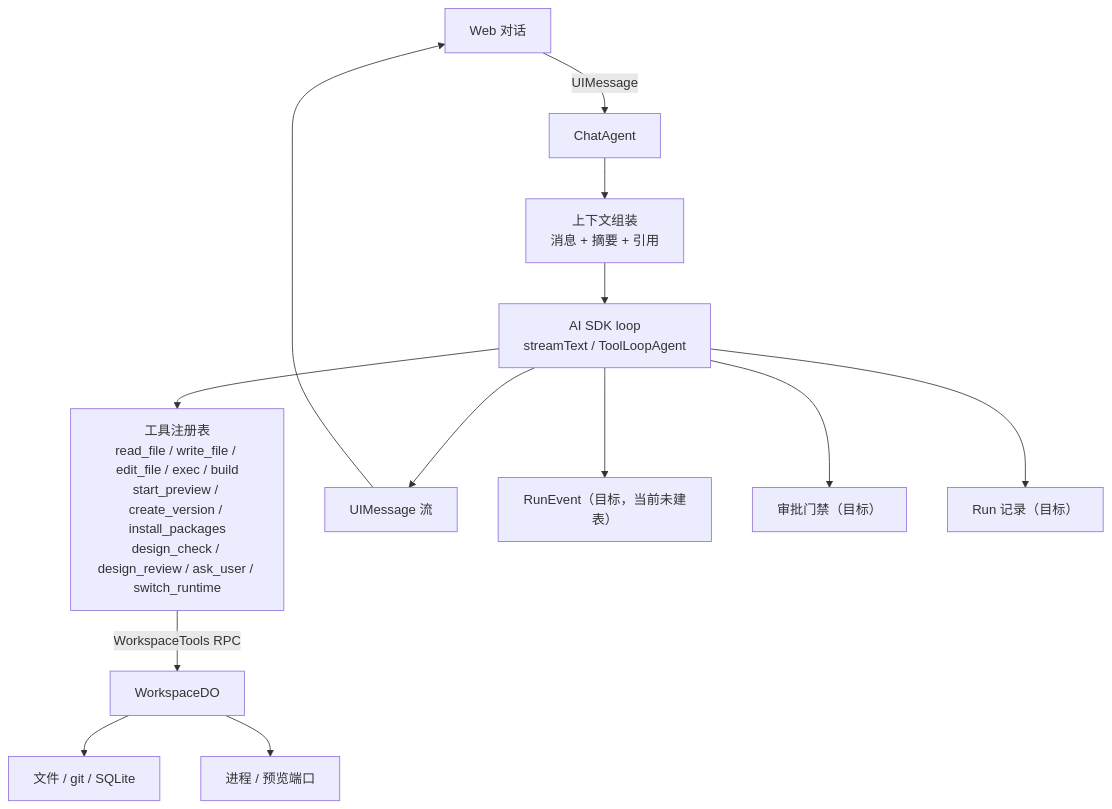
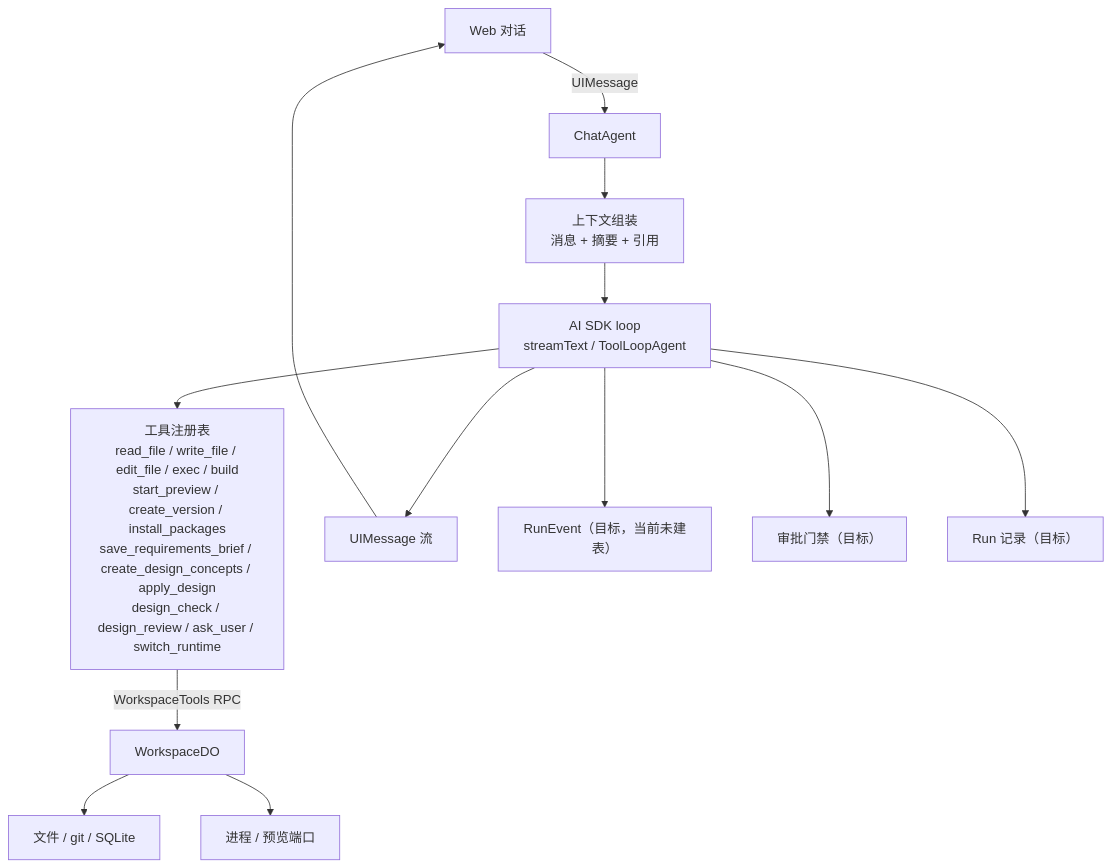
One commit to fengyj/atoms-lite changed the fourth of 7 diagrams in docs/architecture/system-architecture.md. Above: the diagram before and after it, drawn with Mermaid. The commit also changed other lines of this file and 17 other files, not shown here.

Commit message:
feat: add requirements brief and design-first workflow

````diff
--- a/docs/architecture/system-architecture.md
+++ b/docs/architecture/system-architecture.md
@@ -199,15 +199,15 @@
 ```mermaid
 flowchart TB
   ui["Web 对话"] -->|UIMessage| agent["ChatAgent"]
   agent --> ctx["上下文组装<br/>消息 + 摘要 + 引用"]
   ctx --> loop["AI SDK loop<br/>streamText / ToolLoopAgent"]
-  loop --> tools["工具注册表<br/>read_file / write_file / edit_file / exec / build<br/>start_preview / create_version / install_packages<br/>design_check / design_review / ask_user / switch_runtime"]
+  loop --> tools["工具注册表<br/>read_file / write_file / edit_file / exec / build<br/>start_preview / create_version / install_packages<br/>save_requirements_brief / create_design_concepts / apply_design<br/>design_check / design_review / ask_user / switch_runtime"]
   tools -->|"WorkspaceTools RPC"| ws["WorkspaceDO"]
   ws --> fs["文件 / git / SQLite"]
   ws --> proc["进程 / 预览端口"]
   loop --> stream["UIMessage 流"]
   stream --> ui
   loop --> events["RunEvent（目标，当前未建表）"]
   loop --> approval["审批门禁（目标）"]
   loop --> runs["Run 记录（目标）"]
 ```
````
